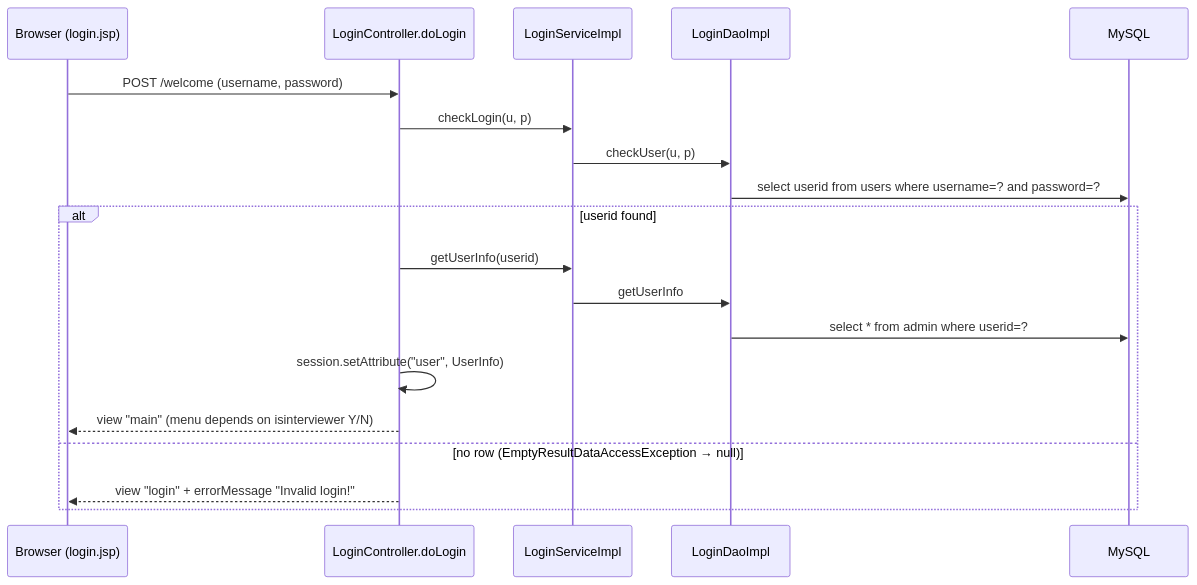
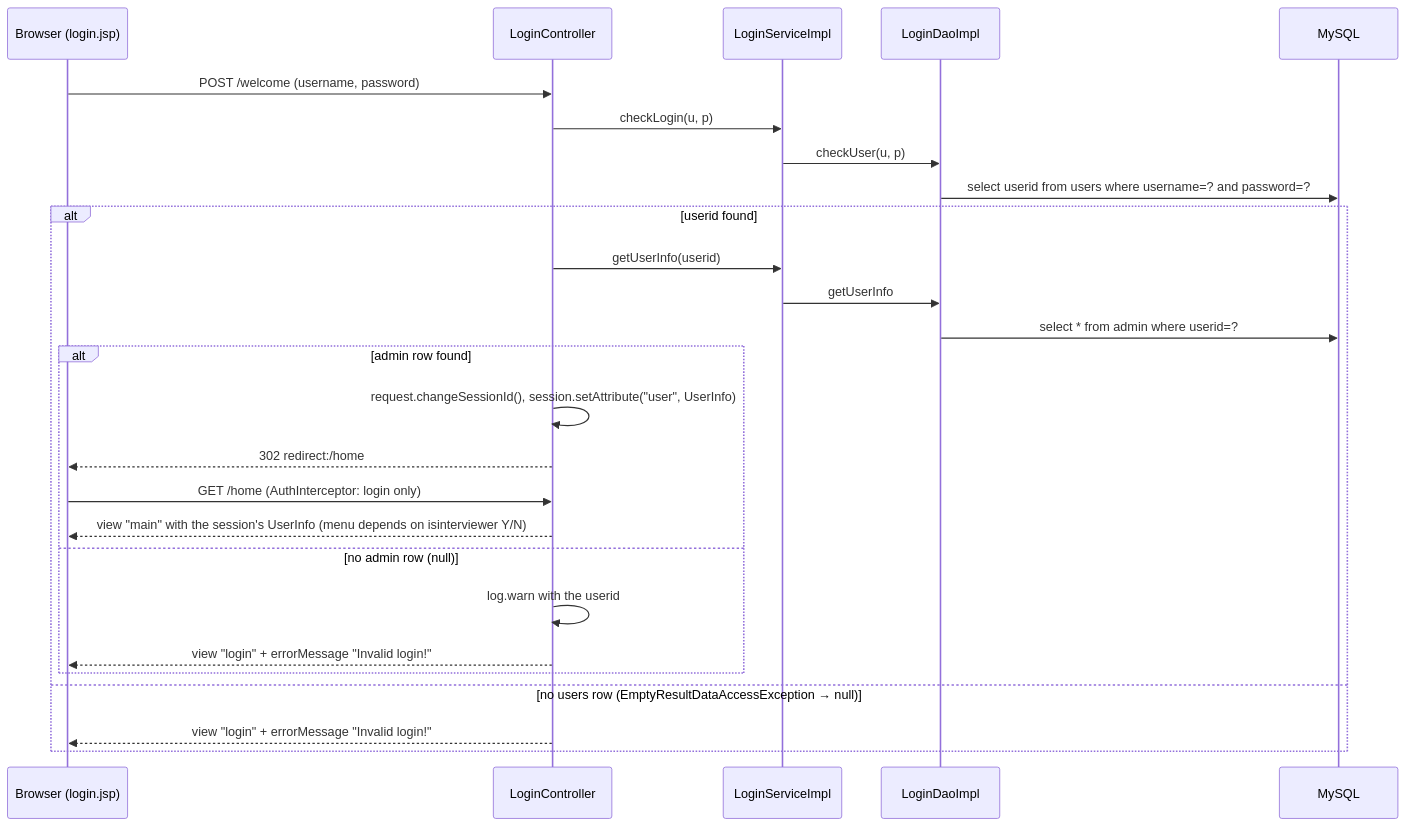
One commit to rafitsabbir/RMS changed the diagram in docs/business-flows/login.md. Above: the diagram before and after it, drawn with Mermaid. The commit also changed other lines of this file and 15 other files, not shown here.

````diff
--- a/docs/business-flows/login.md
+++ b/docs/business-flows/login.md
@@ -9,21 +9,28 @@
 ```mermaid
 sequenceDiagram
   participant B as Browser (login.jsp)
-  participant C as LoginController.doLogin
+  participant C as LoginController
   participant S as LoginServiceImpl
   participant D as LoginDaoImpl
   participant DB as MySQL
   B->>C: POST /welcome (username, password)
   C->>S: checkLogin(u, p)
   S->>D: checkUser(u, p)
   D->>DB: select userid from users where username=? and password=?
   alt userid found
     C->>S: getUserInfo(userid)
     S->>D: getUserInfo
     D->>DB: select * from admin where userid=?
-    C->>C: session.setAttribute("user", UserInfo)
-    C-->>B: view "main" (menu depends on isinterviewer Y/N)
-  else no row (EmptyResultDataAccessException → null)
+    alt admin row found
+      C->>C: request.changeSessionId(), session.setAttribute("user", UserInfo)
+      C-->>B: 302 redirect:/home
+      B->>C: GET /home (AuthInterceptor: login only)
+      C-->>B: view "main" with the session's UserInfo (menu depends on isinterviewer Y/N)
+    else no admin row (null)
+      C->>C: log.warn with the userid
+      C-->>B: view "login" + errorMessage "Invalid login!"
+    end
+  else no users row (EmptyResultDataAccessException → null)
     C-->>B: view "login" + errorMessage "Invalid login!"
   end
 ```
````
